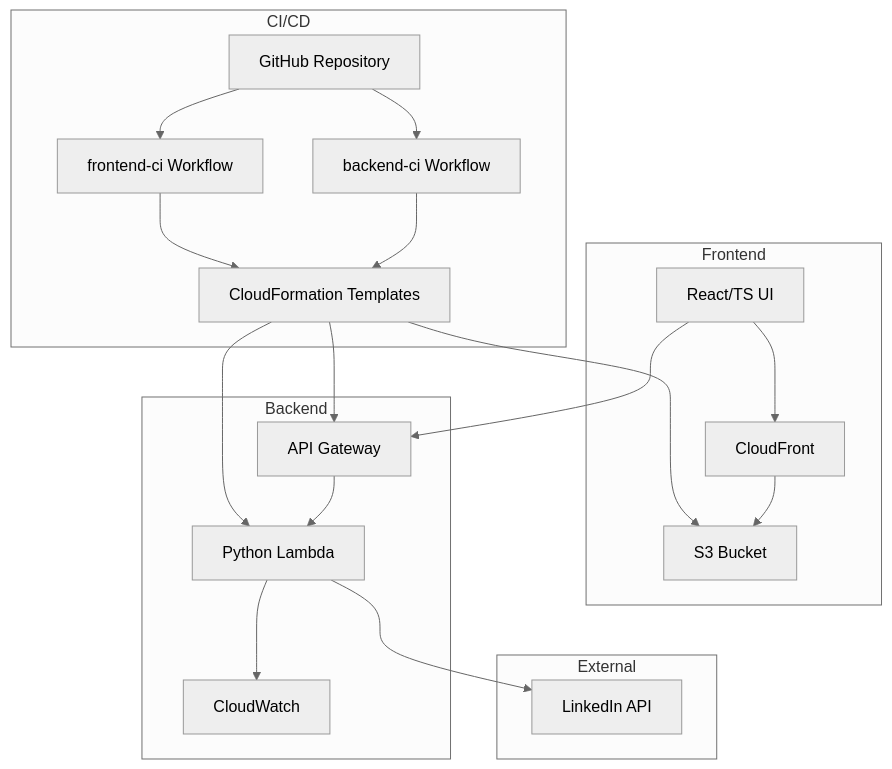
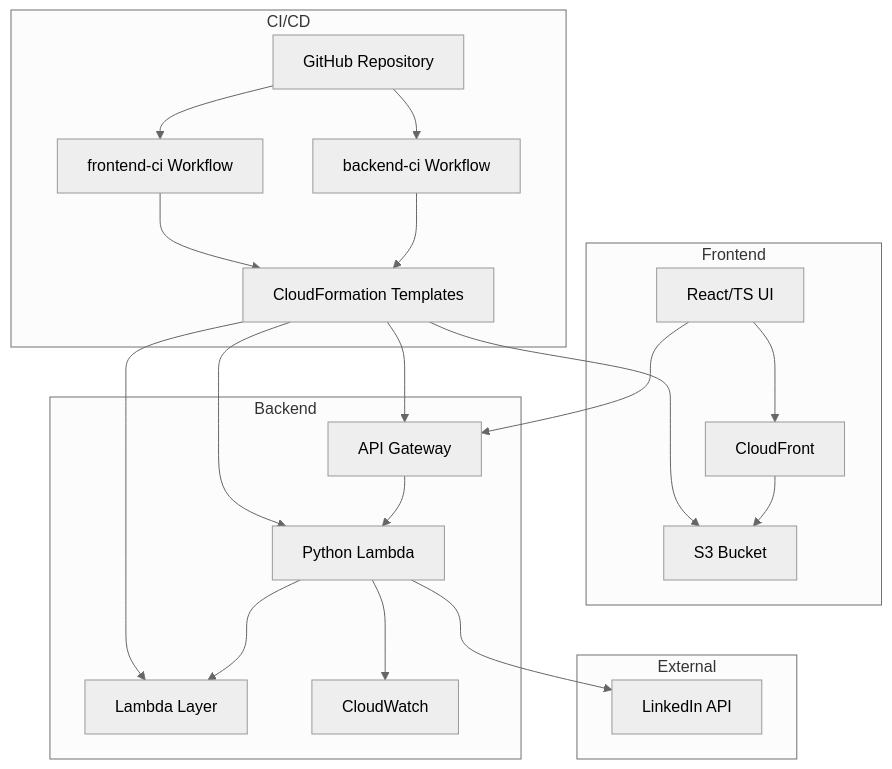
Before and after one commit to jamesgarner-me/queens-solver: the second of 4 diagrams in memory-bank/systemPatterns.md, drawn with Mermaid (neutral theme). The commit also changed other lines of this file and 3 other files, not shown here.

````diff
--- a/memory-bank/systemPatterns.md
+++ b/memory-bank/systemPatterns.md
@@ -165,39 +172,42 @@
 ```mermaid
 graph TD
     subgraph "CI/CD"
         GH[GitHub Repository]
         FECI[frontend-ci Workflow]
         BECI[backend-ci Workflow]
         CFN[CloudFormation Templates]
     end
     
     subgraph Frontend
         UI[React/TS UI]
         S3[S3 Bucket]
         CF[CloudFront]
     end
     
     subgraph Backend
         API[API Gateway]
         Lambda[Python Lambda]
+        Layer[Lambda Layer]
         CW[CloudWatch]
     end
     
     subgraph External
         LinkedIn[LinkedIn API]
     end
     
     GH --> FECI
     GH --> BECI
     FECI --> CFN
     BECI --> CFN
     CFN --> S3
     CFN --> Lambda
+    CFN --> Layer
     CFN --> API
     UI --> CF
     CF --> S3
     UI --> API
     API --> Lambda
+    Lambda --> Layer
     Lambda --> CW
     Lambda --> LinkedIn
 ```
````
